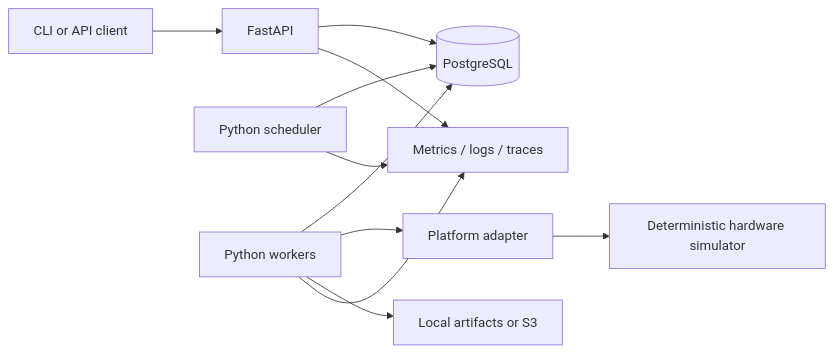
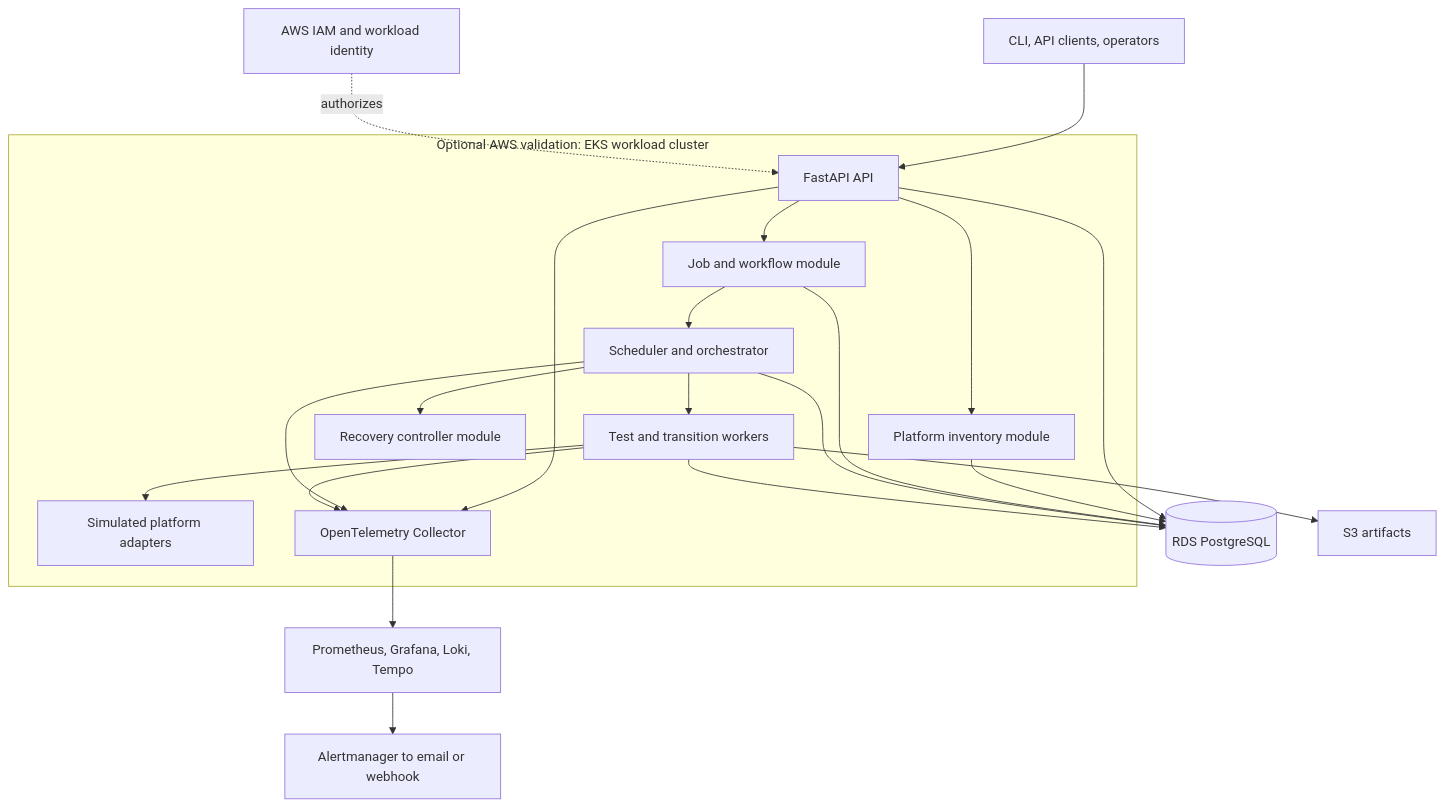
Before and after one commit to alesz1296-dev/sentinel-platform-automation: the third of 3 diagrams in docs/ARCHITECTURE-AND-ROADMAP.md, drawn with Mermaid. The commit also changed other lines of this file and 9 other files, not shown here.

Commit message:
docs: align SNTL architecture and CI/CD design

````diff
--- a/docs/ARCHITECTURE-AND-ROADMAP.md
+++ b/docs/ARCHITECTURE-AND-ROADMAP.md
@@ -90,13 +201,31 @@
 ```mermaid
-flowchart LR
-    User[CLI or API client] --> API[FastAPI]
-    API --> DB[(PostgreSQL)]
-    Scheduler[Python scheduler] --> DB
-    Worker[Python workers] --> DB
-    Worker --> Adapter[Platform adapter]
-    Adapter --> Sim[Deterministic hardware simulator]
-    Worker --> Artifacts[Local artifacts or S3]
-    API --> Telemetry[Metrics / logs / traces]
-    Scheduler --> Telemetry
-    Worker --> Telemetry
+flowchart TB
+    Users[CLI, API clients, operators] --> API[FastAPI API]
+    IAM[AWS IAM and workload identity] -. authorizes .-> API
+
+    subgraph EKS[Optional AWS validation: EKS workload cluster]
+        API --> Inventory[Platform inventory module]
+        API --> Jobs[Job and workflow module]
+        Jobs --> Orchestrator[Scheduler and orchestrator]
+        Orchestrator --> Recovery[Recovery controller module]
+        Orchestrator --> Workers[Test and transition workers]
+        Workers --> Adapters[Simulated platform adapters]
+        API --> OTel[OpenTelemetry Collector]
+        Orchestrator --> OTel
+        Workers --> OTel
+    end
+
+    DB[(RDS PostgreSQL)]
+    S3[S3 artifacts]
+    Observability[Prometheus, Grafana, Loki, Tempo]
+    Alerts[Alertmanager to email or webhook]
+
+    API --> DB
+    Inventory --> DB
+    Jobs --> DB
+    Orchestrator --> DB
+    Workers --> DB
+    Workers --> S3
+    OTel --> Observability
+    Observability --> Alerts
 ```
````
